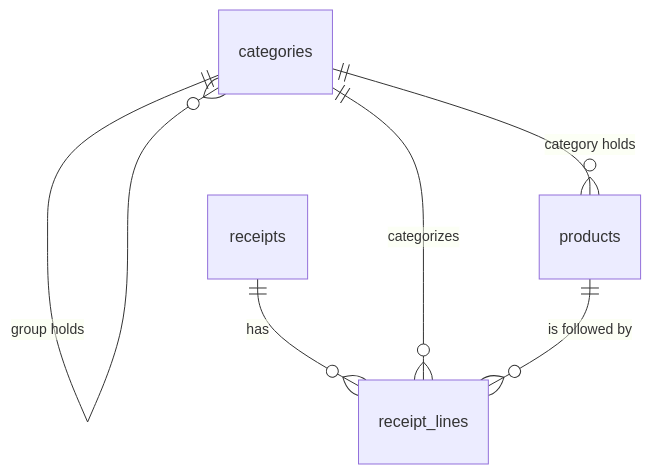
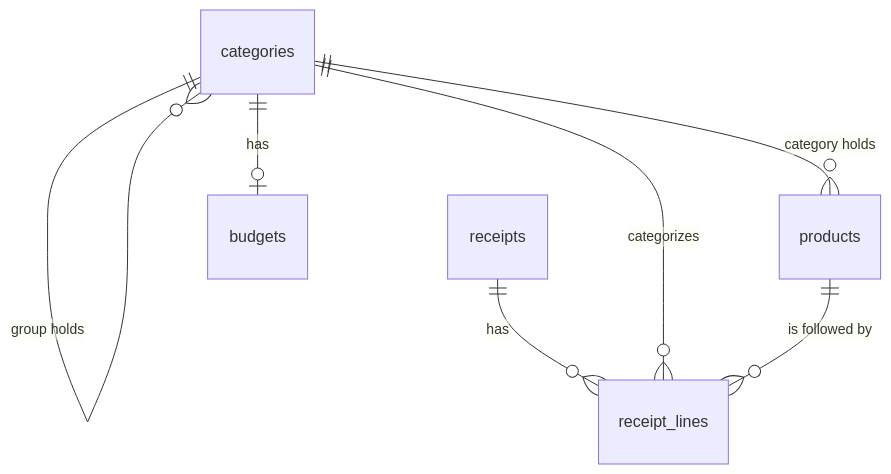
One commit to PekkaJuN/RRMCApplication changed the diagram in docs/datamodel.md. Above: the diagram before and after it, drawn with Mermaid. The commit also changed other lines of this file and 63 other files, not shown here.

````diff
--- a/docs/datamodel.md
+++ b/docs/datamodel.md
@@ -117,8 +130,9 @@
 ```mermaid
 erDiagram
   categories ||--o{ categories : "group holds"
   categories ||--o{ products : "category holds"
   receipts ||--o{ receipt_lines : "has"
   categories ||--o{ receipt_lines : "categorizes"
+  categories ||--o| budgets : "has"
   products ||--o{ receipt_lines : "is followed by"
 ```
````
